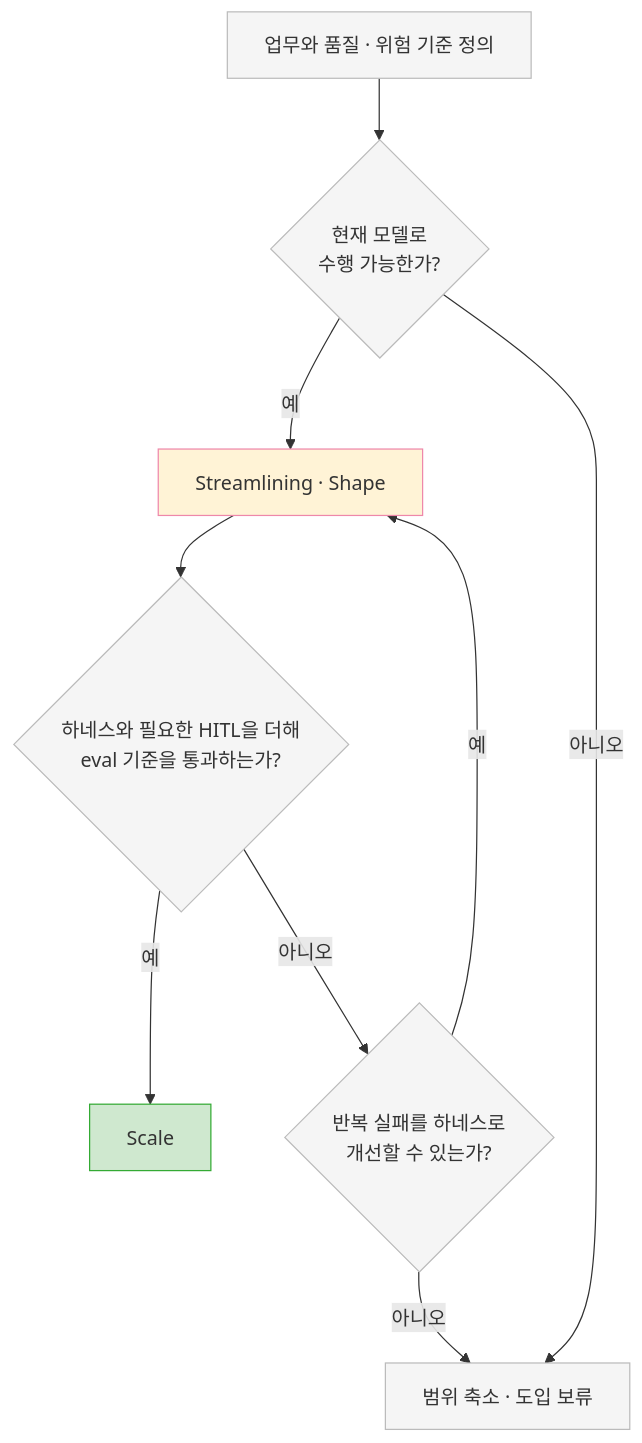
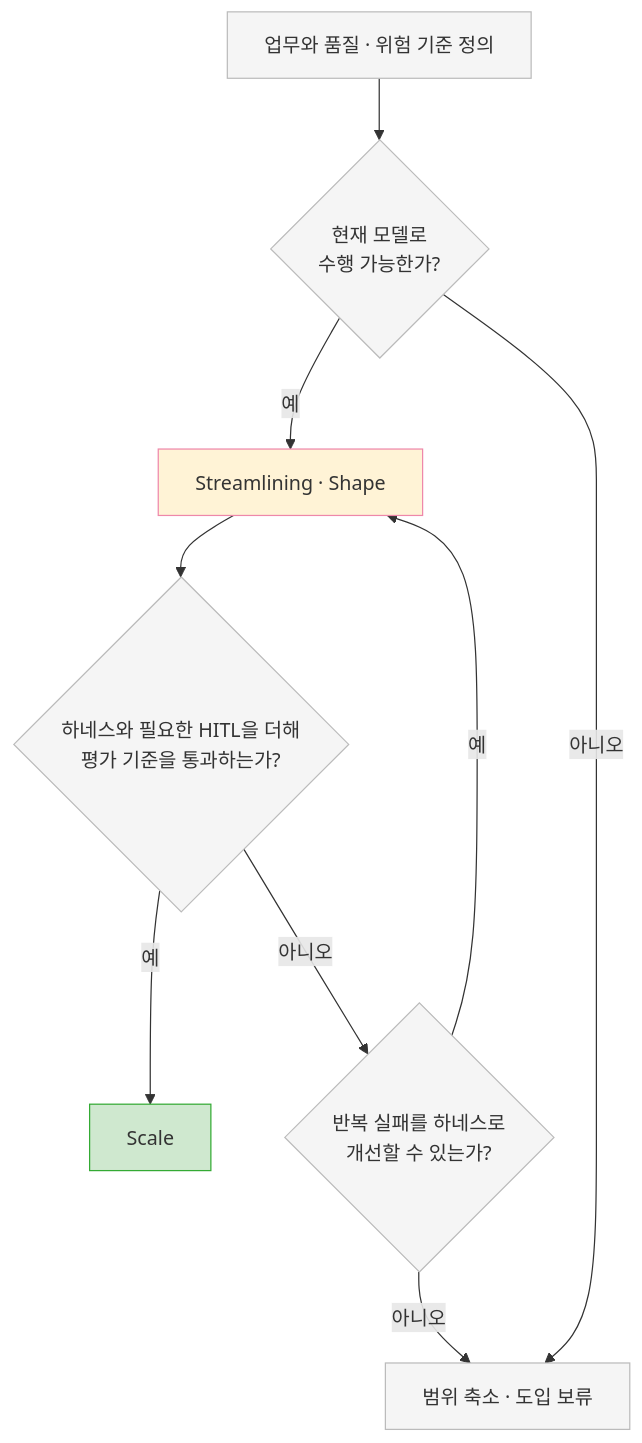
One commit to haandol/haandol.github.com changed the seventh of 7 diagrams in _posts/2026-06-15-organizational-ai-adoption-3s.md. Above: the diagram before and after it, drawn with Mermaid. The commit also changed other lines of this file, not shown here.

````diff
--- a/_posts/2026-06-15-organizational-ai-adoption-3s.md
+++ b/_posts/2026-06-15-organizational-ai-adoption-3s.md
@@ -286,17 +340,17 @@
 ```mermaid
 flowchart TD
     A["업무와 품질 · 위험 기준 정의"] --> B{"현재 모델로<br/>수행 가능한가?"}
     B -- "예" --> D["Streamlining · Shape"]
     B -- "아니오" --> C["범위 축소 · 도입 보류"]
-    D --> E{"하네스와 필요한 HITL을 더해<br/>eval 기준을 통과하는가?"}
+    D --> E{"하네스와 필요한 HITL을 더해<br/>평가 기준을 통과하는가?"}
     E -- "예" --> F["Scale"]
     E -- "아니오" --> G{"반복 실패를 하네스로<br/>개선할 수 있는가?"}
     G -- "예" --> D
     G -- "아니오" --> C
     classDef work fill:#f5f5f5,stroke:#bbb;
     classDef invest fill:#fff3d6,stroke:#e8a;
     classDef scale fill:#cfe8cf,stroke:#3a3;
     class A,B,C,E,G work;
     class D invest;
     class F scale;
 ```
````
